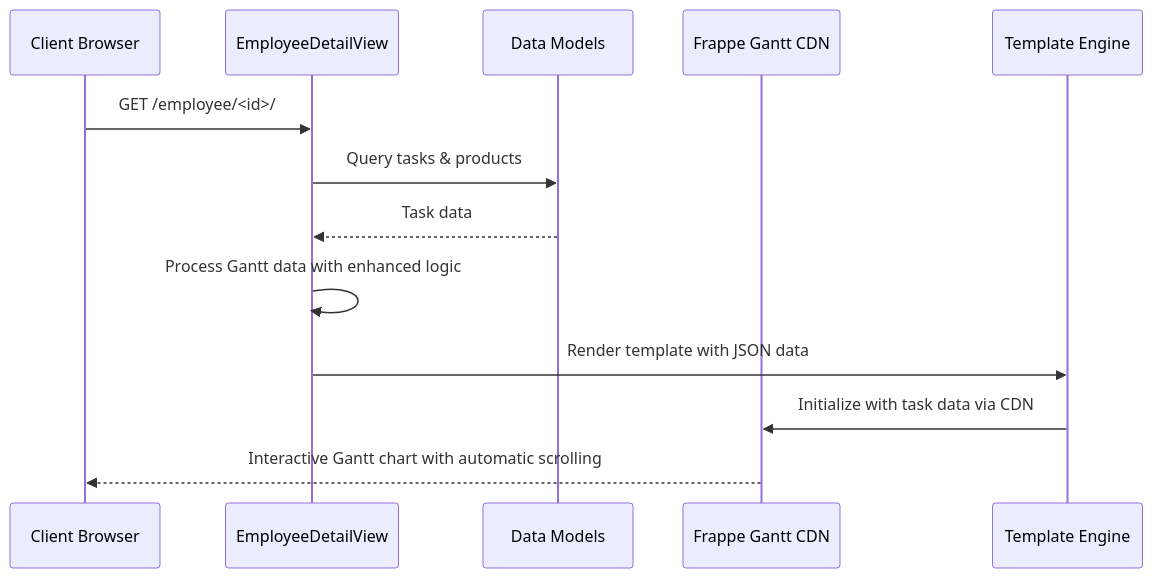
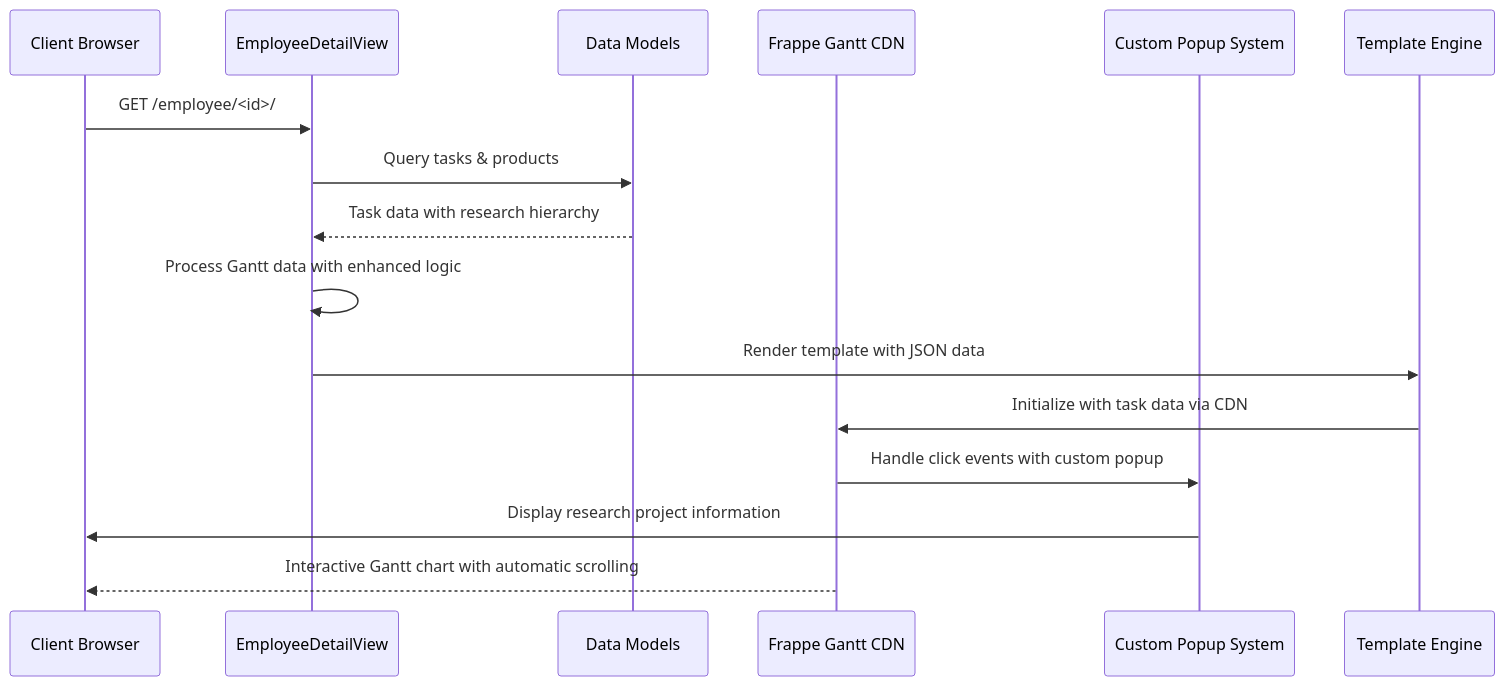
Before and after one commit to Pavel9474/task_manager: the third of 10 diagrams in .qoder/repowiki/en/content/User Interface and Templates/Gantt Chart Visualization System.md, drawn with Mermaid. The commit also changed other lines of this file and 7 other files, not shown here.

Commit message:
ALL gantt work code simplifid

````diff
--- a/.qoder/repowiki/en/content/User Interface and Templates/Gantt Chart Visualization System.md
+++ b/.qoder/repowiki/en/content/User Interface and Templates/Gantt Chart Visualization System.md
@@ -186,15 +198,18 @@
 ```mermaid
 sequenceDiagram
 participant Client as Client Browser
 participant EmployeeView as EmployeeDetailView
 participant Models as Data Models
 participant Gantt as Frappe Gantt CDN
+participant Popup as Custom Popup System
 participant Template as Template Engine
 Client->>EmployeeView : GET /employee/<id>/
 EmployeeView->>Models : Query tasks & products
-Models-->>EmployeeView : Task data
+Models-->>EmployeeView : Task data with research hierarchy
 EmployeeView->>EmployeeView : Process Gantt data with enhanced logic
 EmployeeView->>Template : Render template with JSON data
 Template->>Gantt : Initialize with task data via CDN
+Gantt->>Popup : Handle click events with custom popup
+Popup->>Client : Display research project information
 Gantt-->>Client : Interactive Gantt chart with automatic scrolling
 ```
````
